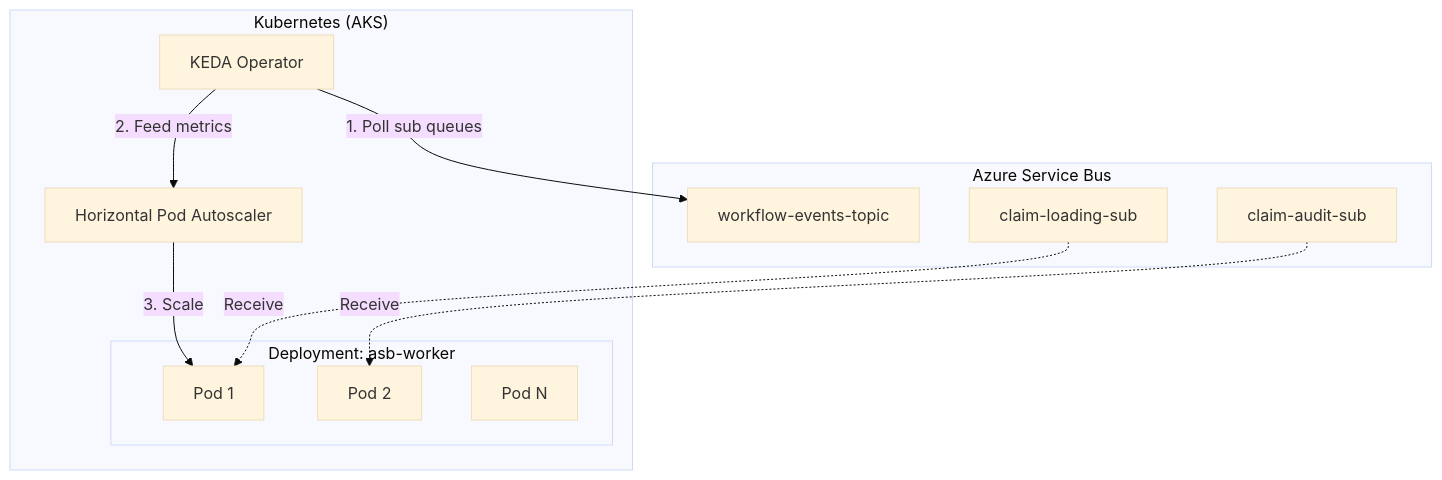
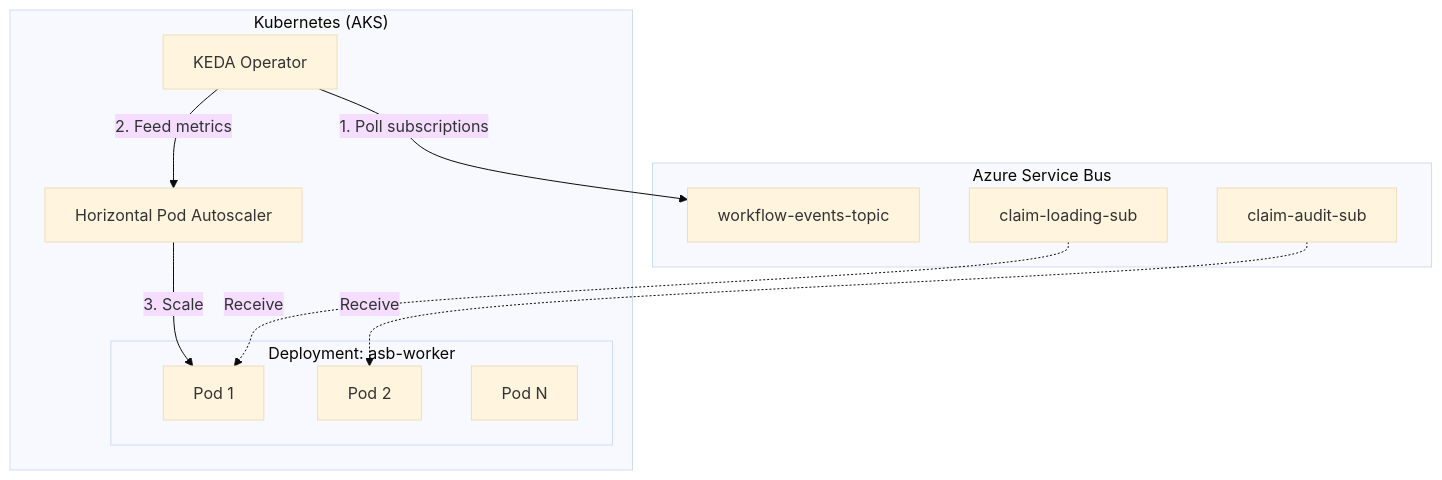
The second of 2 diagrams in ARCHITECTURE.md (hskim5012/azure-poc-bus), drawn with Mermaid (base theme) before and after one commit. The commit also changed other lines of this file and 8 other files, not shown here.

````diff
--- a/ARCHITECTURE.md
+++ b/ARCHITECTURE.md
@@ -91,26 +91,26 @@
 ```mermaid
 graph TB
     subgraph "Kubernetes (AKS)"
         KEDA[KEDA Operator]
         HPA[Horizontal Pod Autoscaler]
         
         subgraph "Deployment: asb-worker"
             W1[Pod 1]
             W2[Pod 2]
             WN[Pod N]
         end
     end
     
     subgraph "Azure Service Bus"
         T1[workflow-events-topic]
         S1[claim-loading-sub]
         S2[claim-audit-sub]
     end
     
-    KEDA -->|1. Poll sub queues| T1
+    KEDA -->|1. Poll subscriptions| T1
     KEDA -->|2. Feed metrics| HPA
     HPA -->|3. Scale| W1
     
     S1 -.->|Receive| W1
     S2 -.->|Receive| W2
 ```
````
